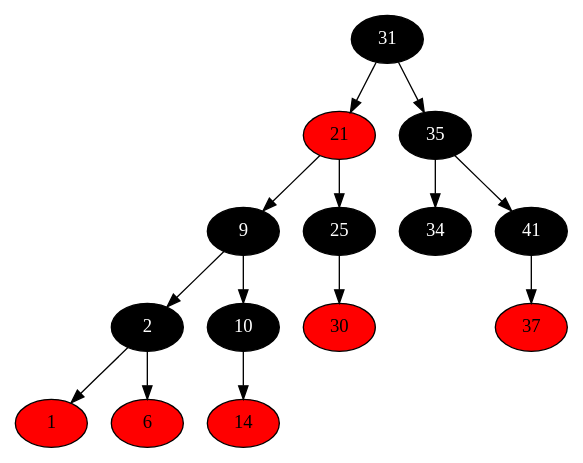
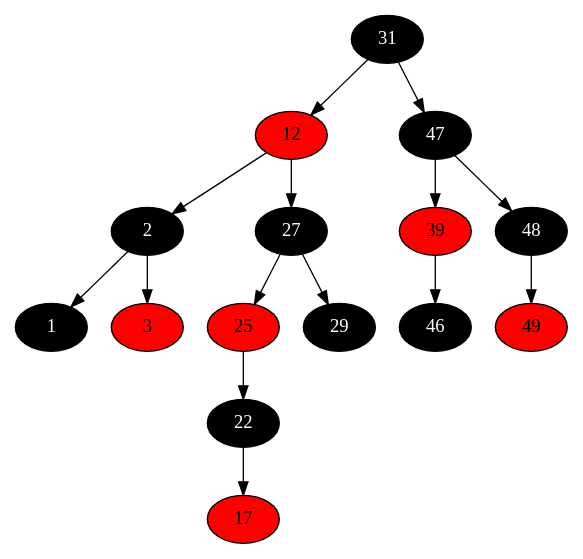
Before and after one commit to iMawe/EstructuraDatos: the diagram in Pointer Machines/RB/50.dot, drawn with Graphviz. The commit also changed 100 other files, not shown here.

```diff
--- a/Pointer Machines/RB/50.dot
+++ b/Pointer Machines/RB/50.dot
@@ -1,29 +1,31 @@
 digraph mentions {
-31 -> 21
-21 -> 9
-9 -> 2
+31 -> 12
+12 -> 2
 2 -> 1
-2 -> 6
-9 -> 10
-10 -> 14
-21 -> 25
-25 -> 30
-31 -> 35
-35 -> 34
-35 -> 41
-41 -> 37
+2 -> 3
+12 -> 27
+27 -> 25
+25 -> 22
+22 -> 17
+27 -> 29
+31 -> 47
+47 -> 39
+39 -> 46
+47 -> 48
+48 -> 49
 31[style=filled, fillcolor=black, fontcolor=white]
-21[style=filled, fillcolor=red]
-9[style=filled, fillcolor=black, fontcolor=white]
+12[style=filled, fillcolor=red]
 2[style=filled, fillcolor=black, fontcolor=white]
-1[style=filled, fillcolor=red]
-6[style=filled, fillcolor=red]
-10[style=filled, fillcolor=black, fontcolor=white]
-14[style=filled, fillcolor=red]
-25[style=filled, fillcolor=black, fontcolor=white]
-30[style=filled, fillcolor=red]
-35[style=filled, fillcolor=black, fontcolor=white]
-34[style=filled, fillcolor=black, fontcolor=white]
-41[style=filled, fillcolor=black, fontcolor=white]
-37[style=filled, fillcolor=red]
+1[style=filled, fillcolor=black, fontcolor=white]
+3[style=filled, fillcolor=red]
+27[style=filled, fillcolor=black, fontcolor=white]
+25[style=filled, fillcolor=red]
+22[style=filled, fillcolor=black, fontcolor=white]
+17[style=filled, fillcolor=red]
+29[style=filled, fillcolor=black, fontcolor=white]
+47[style=filled, fillcolor=black, fontcolor=white]
+39[style=filled, fillcolor=red]
+46[style=filled, fillcolor=black, fontcolor=white]
+48[style=filled, fillcolor=black, fontcolor=white]
+49[style=filled, fillcolor=red]
 }
```
